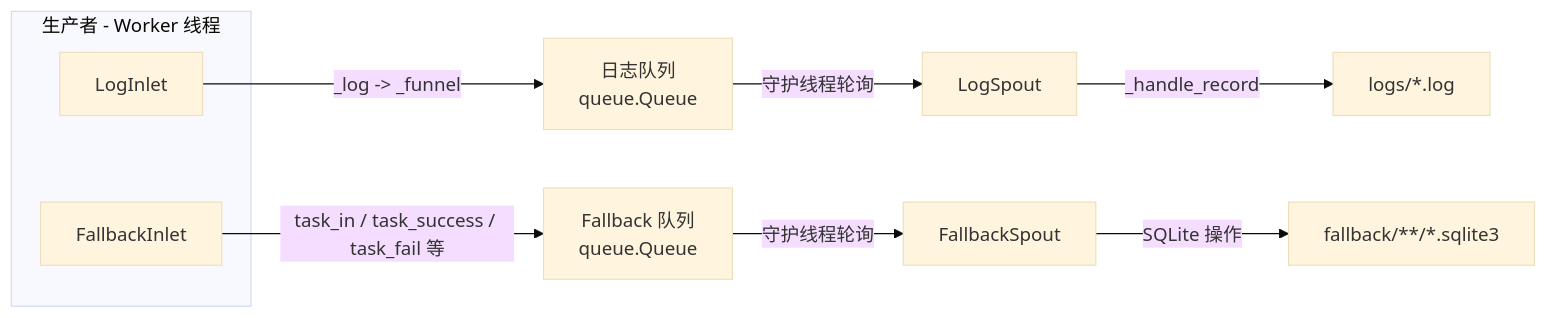
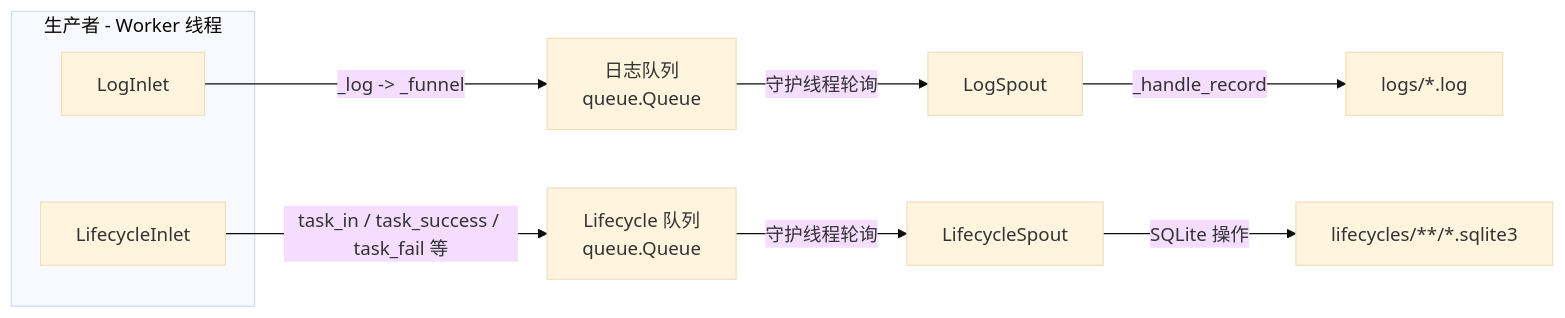
Before and after one commit to Mr-xiaotian/CelestialFlow: the diagram in docs/zh-CN/src/persistence/__init__.md, drawn with Mermaid (base theme). The commit also changed other lines of this file and 71 other files, not shown here.

````diff
--- a/docs/zh-CN/src/persistence/__init__.md
+++ b/docs/zh-CN/src/persistence/__init__.md
@@ -80,16 +79,16 @@
 ```mermaid
 flowchart LR
     subgraph Producer[生产者 - Worker 线程]
         LogInlet[LogInlet]
-        FallbackInlet[FallbackInlet]
+        LifecycleInlet[LifecycleInlet]
     end
 
     LogInlet -->|_log -> _funnel| LogQueue[日志队列<br/>queue.Queue]
-    FallbackInlet -->|task_in / task_success / task_fail 等| FallbackQueue[Fallback 队列<br/>queue.Queue]
+    LifecycleInlet -->|task_in / task_success / task_fail 等| LifecycleQueue[Lifecycle 队列<br/>queue.Queue]
 
     LogQueue -->|守护线程轮询| LogSpout[LogSpout]
-    FallbackQueue -->|守护线程轮询| FallbackSpout[FallbackSpout]
+    LifecycleQueue -->|守护线程轮询| LifecycleSpout[LifecycleSpout]
 
     LogSpout -->|_handle_record| LogFile[logs/*.log]
-    FallbackSpout -->|SQLite 操作| SQLiteFile[fallback/**/*.sqlite3]
+    LifecycleSpout -->|SQLite 操作| SQLiteFile[lifecycles/**/*.sqlite3]
 ```
````
